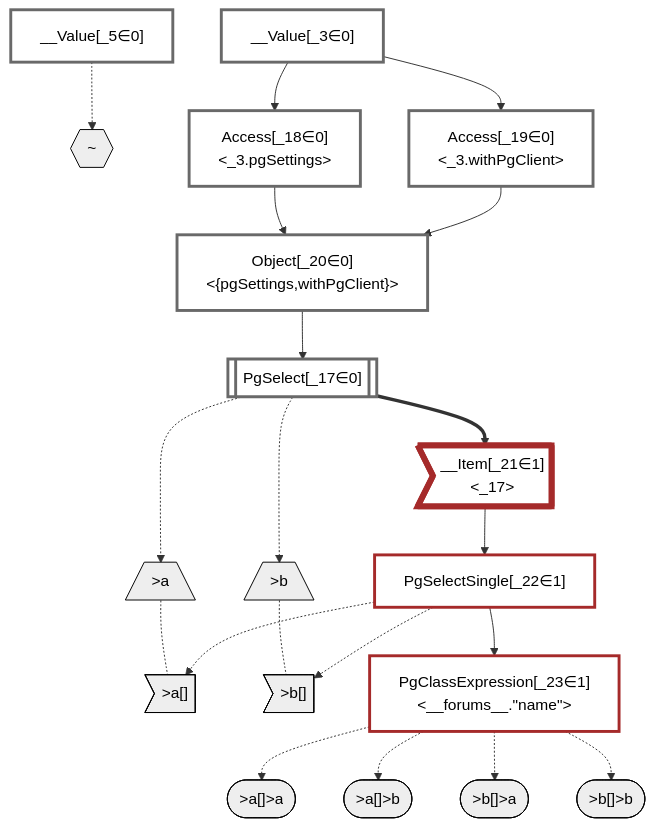
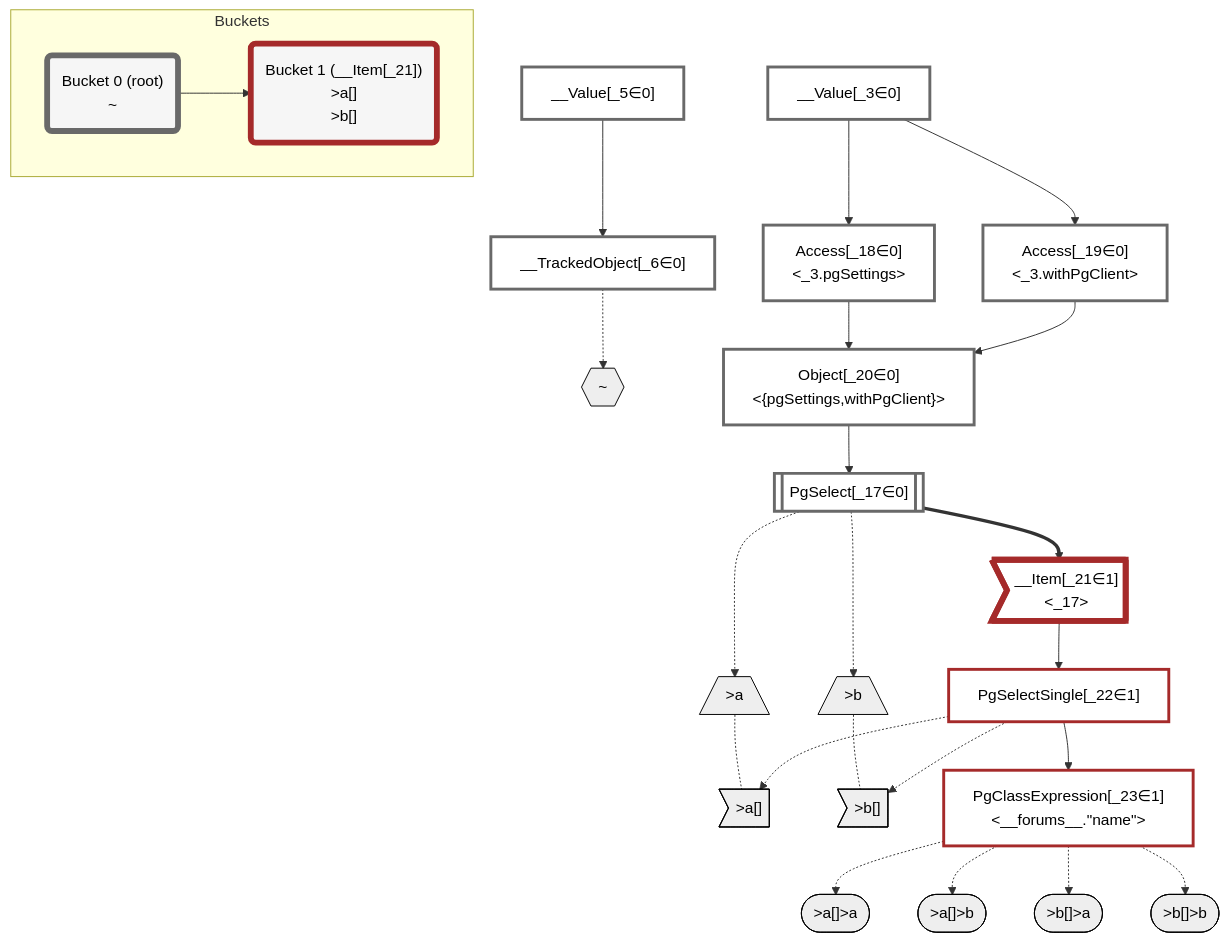
Before and after one commit to graphile/crystal: the diagram in packages/dataplan-pg/__tests__/queries/super-simple/many-field-aliases.mermaid.md, drawn with Mermaid. The commit also changed 195 other files, not shown here.

````diff
--- a/packages/dataplan-pg/__tests__/queries/super-simple/many-field-aliases.mermaid.md
+++ b/packages/dataplan-pg/__tests__/queries/super-simple/many-field-aliases.mermaid.md
@@ -1,65 +1,76 @@
 ```mermaid
 graph TD
     classDef path fill:#eee,stroke:#000,color:#000
     classDef plan fill:#fff,stroke-width:3px,color:#000
     classDef itemplan fill:#fff,stroke-width:6px,color:#000
     classDef sideeffectplan fill:#f00,stroke-width:6px,color:#000
+    classDef bucket fill:#f6f6f6,color:#000,stroke-width:6px
 
     %% subgraph fields
     P1{{"~"}}:::path
     P2[/">a"\]:::path
     P3>">a[]"]:::path
     P2 -.- P3
     P4([">a[]>a"]):::path
     %% P3 -.-> P4
     P5([">a[]>b"]):::path
     %% P3 -.-> P5
     %% P1 -.-> P2
     P6[/">b"\]:::path
     P7>">b[]"]:::path
     P6 -.- P7
     P8([">b[]>a"]):::path
     %% P7 -.-> P8
     P9([">b[]>b"]):::path
     %% P7 -.-> P9
     %% P1 -.-> P6
     %% end
 
     %% define plans
     __Value_3["__Value[_3∈0]<br /><context>"]:::plan
     __Value_5["__Value[_5∈0]<br /><rootValue>"]:::plan
+    __TrackedObject_6["__TrackedObject[_6∈0]"]:::plan
     PgSelect_17[["PgSelect[_17∈0]<br /><forums>"]]:::plan
     Access_18["Access[_18∈0]<br /><_3.pgSettings>"]:::plan
     Access_19["Access[_19∈0]<br /><_3.withPgClient>"]:::plan
     Object_20["Object[_20∈0]<br /><{pgSettings,withPgClient}>"]:::plan
     __Item_21>"__Item[_21∈1]<br /><_17>"]:::itemplan
     PgSelectSingle_22["PgSelectSingle[_22∈1]<br /><forums>"]:::plan
     PgClassExpression_23["PgClassExpression[_23∈1]<br /><__forums__.#quot;name#quot;>"]:::plan
 
     %% plan dependencies
+    __Value_5 --> __TrackedObject_6
     Object_20 --> PgSelect_17
     __Value_3 --> Access_18
     __Value_3 --> Access_19
     Access_18 --> Object_20
     Access_19 --> Object_20
     PgSelect_17 ==> __Item_21
     __Item_21 --> PgSelectSingle_22
     PgSelectSingle_22 --> PgClassExpression_23
 
     %% plan-to-path relationships
-    __Value_5 -.-> P1
+    __TrackedObject_6 -.-> P1
     PgSelect_17 -.-> P2
     PgSelectSingle_22 -.-> P3
     PgClassExpression_23 -.-> P4
     PgClassExpression_23 -.-> P5
     PgSelect_17 -.-> P6
     PgSelectSingle_22 -.-> P7
     PgClassExpression_23 -.-> P8
     PgClassExpression_23 -.-> P9
 
     %% allocate buckets
     classDef bucket0 stroke:#696969
-    class __Value_3,__Value_5,PgSelect_17,Access_18,Access_19,Object_20 bucket0
+    class __Value_3,__Value_5,__TrackedObject_6,PgSelect_17,Access_18,Access_19,Object_20 bucket0
     classDef bucket1 stroke:#a52a2a
     class __Item_21,PgSelectSingle_22,PgClassExpression_23 bucket1
+
+    subgraph Buckets
+    Bucket0("Bucket 0 (root)<br />~"):::bucket
+    style Bucket0 stroke:#696969
+    Bucket1("Bucket 1 (__Item[_21])<br />>a[]<br />>b[]"):::bucket
+    style Bucket1 stroke:#a52a2a
+    Bucket0 --> Bucket1
+    end
 ```
````
